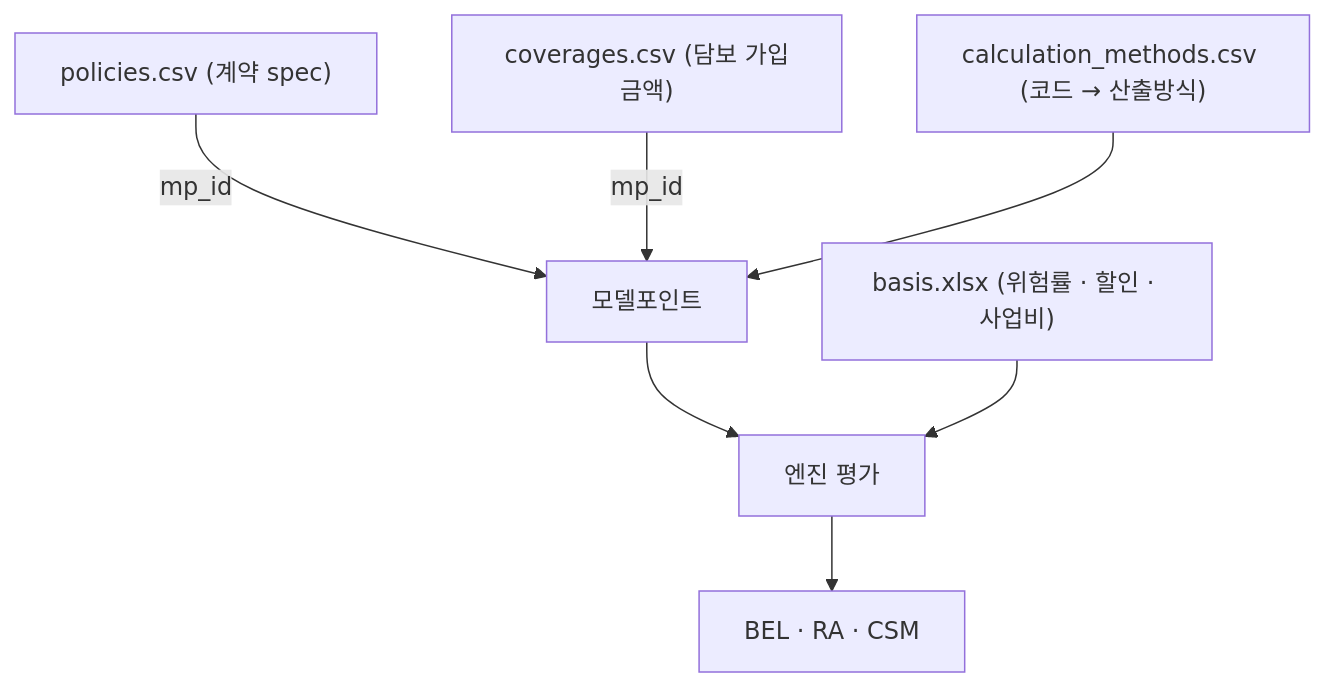
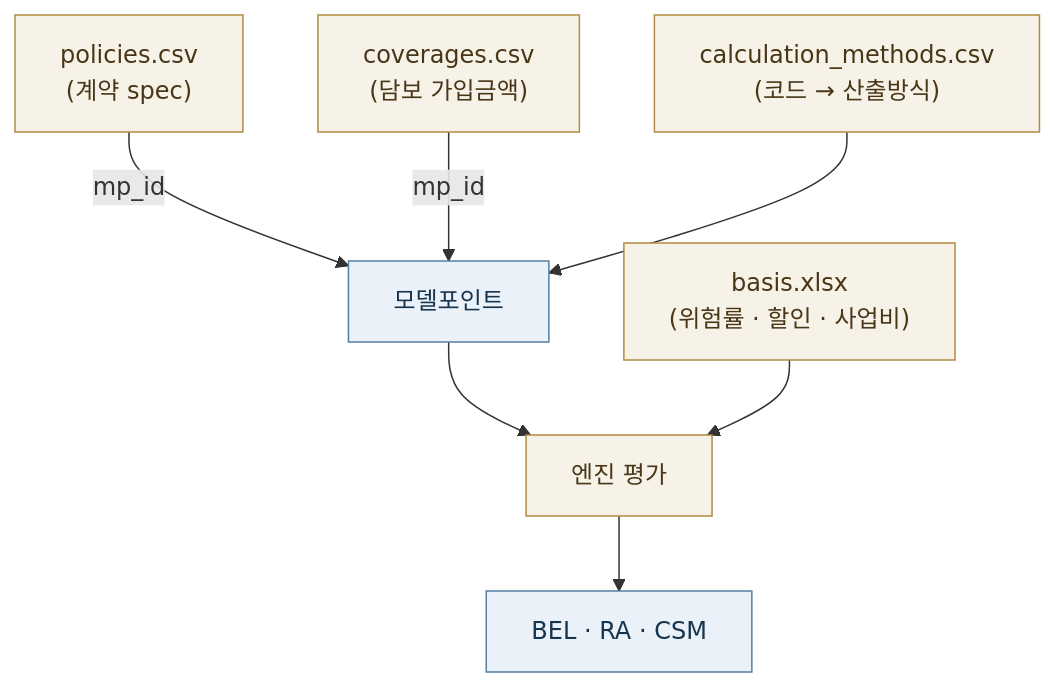
One commit to seokhoonj/fastcashflow changed the diagram in docs/tutorial/11-in-practice.md. Above: the diagram before and after it, drawn with Mermaid. The commit also changed 14 other files, not shown here.

First line of the commit message:
docs: unify every diagram to one flowchart style and fix the brief/figure layout

````diff
--- a/docs/tutorial/11-in-practice.md
+++ b/docs/tutorial/11-in-practice.md
@@ -229,13 +229,17 @@
 ```{mermaid}
 flowchart TB
-    POL["policies.csv (계약 spec)"]
-    COV["coverages.csv (담보 가입금액)"]
-    CM["calculation_methods.csv (코드 → 산출방식)"]
-    B["basis.xlsx (위험률 · 할인 · 사업비)"]
+    POL["policies.csv<br/>(계약 spec)"]
+    COV["coverages.csv<br/>(담보 가입금액)"]
+    CM["calculation_methods.csv<br/>(코드 → 산출방식)"]
+    B["basis.xlsx<br/>(위험률 · 할인 · 사업비)"]
     POL -->|mp_id| MP["모델포인트"]
     COV -->|mp_id| MP
     CM --> MP
     MP --> ENG["엔진 평가"]
     B --> ENG
     ENG --> OUT["BEL · RA · CSM"]
+    classDef stock fill:#eaf1f8,stroke:#547fa6,color:#17344e
+    classDef step fill:#f7f2e8,stroke:#b38a45,color:#493617
+    class POL,COV,CM,B,ENG step
+    class MP,OUT stock
 ```
````
